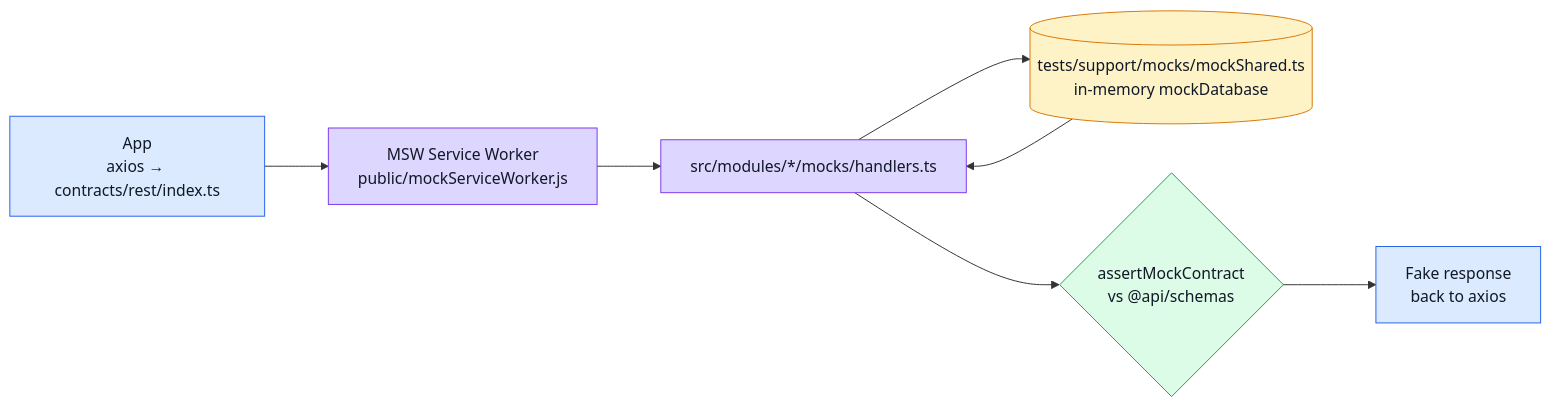
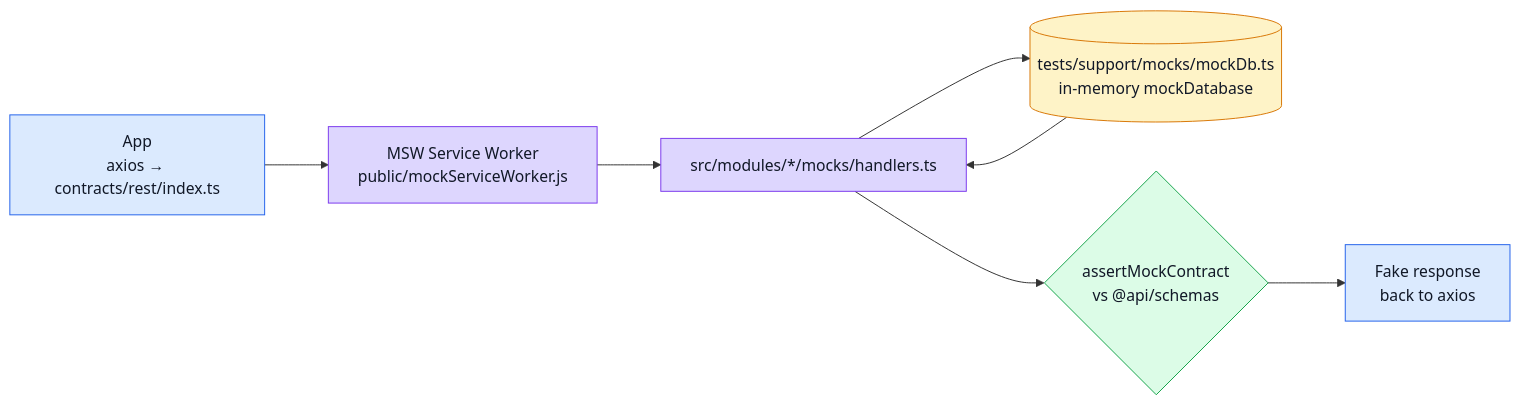
The diagram in docs/tools/mocking.md (Guebbit/boilerplate-vue-frontend), drawn with Mermaid before and after one commit. The commit also changed other lines of this file and 20 other files, not shown here.

````diff
--- a/docs/tools/mocking.md
+++ b/docs/tools/mocking.md
@@ -53,20 +61,20 @@
 ```mermaid
 %%{init: {'flowchart': {'nodeSpacing': 50, 'rankSpacing': 65}}}%%
 flowchart LR
     App["App\naxios → contracts/rest/index.ts"] --> SW["MSW Service Worker\npublic/mockServiceWorker.js"]
     SW --> Handlers["src/modules/*/mocks/handlers.ts"]
-    Handlers --> DB[("tests/support/mocks/mockShared.ts\nin-memory mockDatabase")]
+    Handlers --> DB[("tests/support/mocks/mockDb.ts\nin-memory mockDatabase")]
     DB --> Handlers
     Handlers --> Validate{"assertMockContract\nvs @api/schemas"}
     Validate --> Response["Fake response\nback to axios"]
 
     classDef app fill:#dbeafe,stroke:#2563eb,color:#111827;
     classDef msw fill:#ddd6fe,stroke:#7c3aed,color:#111827;
     classDef data fill:#fef3c7,stroke:#d97706,color:#111827;
     classDef check fill:#dcfce7,stroke:#16a34a,color:#111827;
     class App app;
     class SW,Handlers msw;
     class DB data;
     class Validate check;
     class Response app;
 ```
````
